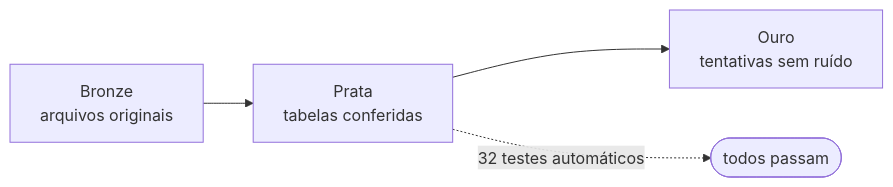
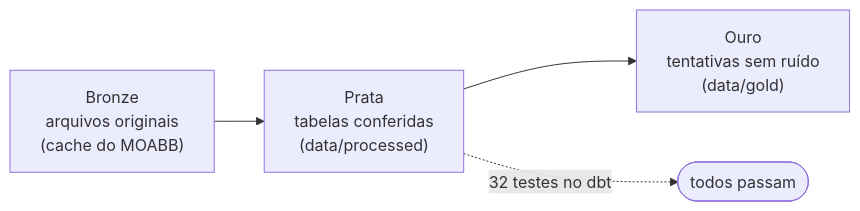
The fourth of 7 diagrams in README.md (kafb04/data-engineering-multimodal-ai), drawn with Mermaid before and after one commit. The commit also changed other lines of this file, not shown here.

````diff
--- a/README.md
+++ b/README.md
@@ -92,6 +172,6 @@
 ```mermaid
 flowchart LR
-    B["Bronze<br/>arquivos originais"] --> P["Prata<br/>tabelas conferidas"]
-    P --> O["Ouro<br/>tentativas sem ruído"]
-    P -.->|32 testes automáticos| OK(["todos passam"])
+    B["Bronze<br/>arquivos originais<br/>(cache do MOABB)"] --> P["Prata<br/>tabelas conferidas<br/>(data/processed)"]
+    P --> O["Ouro<br/>tentativas sem ruído<br/>(data/gold)"]
+    P -.->|"32 testes no dbt"| OK(["todos passam"])
 ```
````
